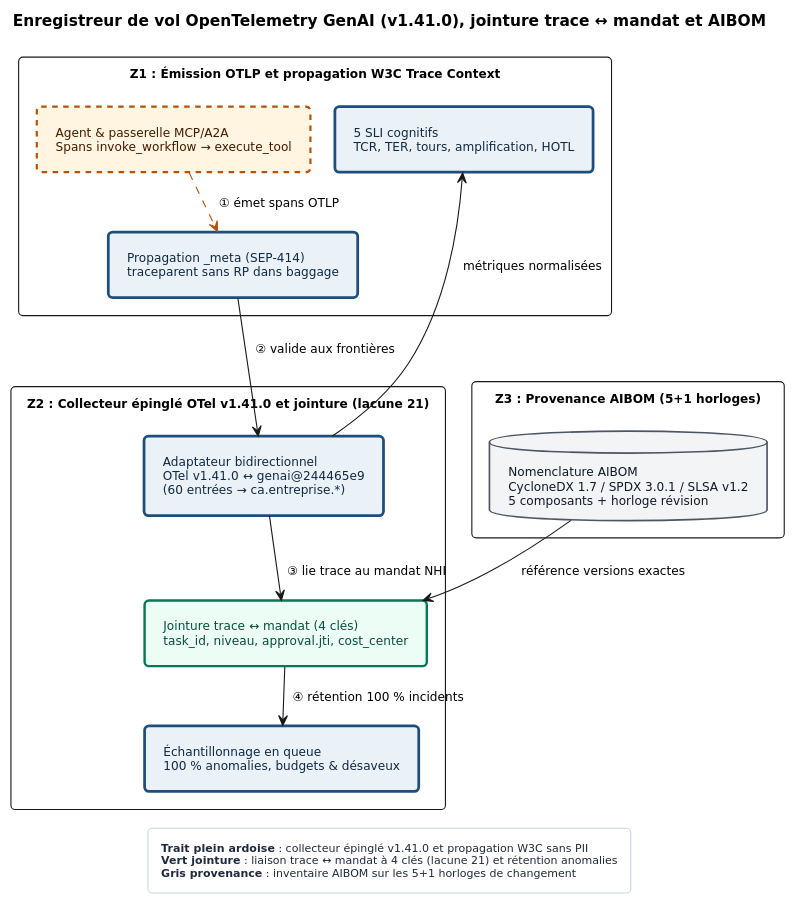
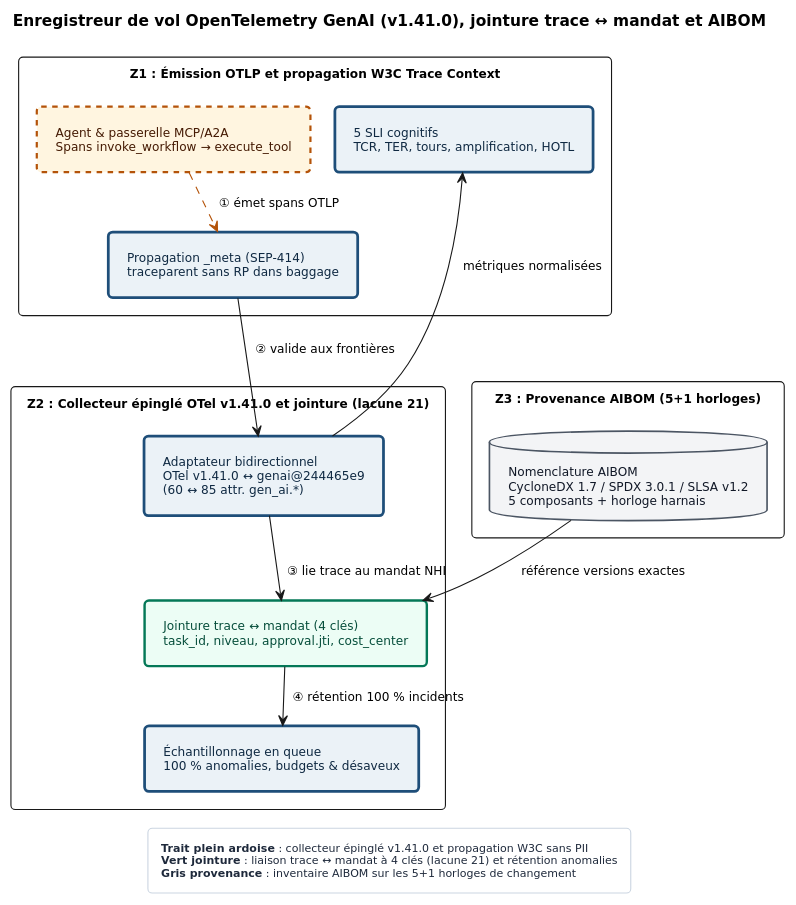
Before and after one commit to agbruneau/Agentique: the diagram in Compendium/ouvrage/schemas/SCH-22-01.puml, drawn with PlantUML. The commit also changed 234 other files, not shown here.

```diff
--- a/Compendium/ouvrage/schemas/SCH-22-01.puml
+++ b/Compendium/ouvrage/schemas/SCH-22-01.puml
@@ -1,86 +1,86 @@
 @startuml
 <style>
 document {
   BackgroundColor #FFFFFF
 }
 .det {
   BackgroundColor #EBF2F7
   LineColor #1E4E79
   LineThickness 2.5
   FontColor #0F2942
 }
 .prob {
   BackgroundColor #FFF5E0
   LineColor #B45309
   LineThickness 2.0
   LineStyle 5
   FontColor #451A03
 }
 .danger {
   BackgroundColor #FEF2F2
   LineColor #B91C1C
   LineThickness 2.0
   FontColor #7F1D1D
 }
 .ok {
   BackgroundColor #ECFDF5
   LineColor #047857
   LineThickness 2.2
   FontColor #064E3B
 }
 .ext {
   BackgroundColor #F3F4F6
   LineColor #4B5563
   LineThickness 1.5
   FontColor #111827
 }
 package {
   BackgroundColor #F8FAFC
   LineColor #64748B
   LineThickness 1.2
   FontColor #334155
 }
 legend {
   BackgroundColor #FFFFFF
   LineColor #CBD5E1
   FontColor #1E293B
   FontSize 10
 }
 </style>
 hide stereotype
 top to bottom direction
 skinparam defaultFontName "DejaVu Sans"
 skinparam defaultFontSize 11
 skinparam shadowing false
 skinparam roundcorner 8
 skinparam packageStyle rectangle
 skinparam nodesep 22
 skinparam ranksep 26
 skinparam padding 7
 
 title Enregistreur de vol OpenTelemetry GenAI (v1.41.0), jointure trace ↔ mandat et AIBOM
 package "Z1 : Émission OTLP et propagation W3C Trace Context" {
   rectangle "Agent & passerelle MCP/A2A\nSpans invoke_workflow → execute_tool" as AGT <<prob>>
   rectangle "Propagation _meta (SEP-414)\ntraceparent sans RP dans baggage" as META <<det>>
   rectangle "5 SLI cognitifs\nTCR, TER, tours, amplification, HOTL" as SLI <<det>>
 }
 package "Z2 : Collecteur épinglé OTel v1.41.0 et jointure (lacune 21)" {
-  rectangle "Adaptateur bidirectionnel\nOTel v1.41.0 ↔ genai@244465e9\n(60 entrées → ca.entreprise.*)" as COL <<det>>
+  rectangle "Adaptateur bidirectionnel\nOTel v1.41.0 ↔ genai@244465e9\n(60 ↔ 85 attr. gen_ai.*)" as COL <<det>>
   rectangle "Jointure trace ↔ mandat (4 clés)\ntask_id, niveau, approval.jti, cost_center" as JOIN <<ok>>
   rectangle "Échantillonnage en queue\n100 % anomalies, budgets & désaveux" as TAIL <<det>>
 }
 package "Z3 : Provenance AIBOM (5+1 horloges)" {
-  database "Nomenclature AIBOM\nCycloneDX 1.7 / SPDX 3.0.1 / SLSA v1.2\n5 composants + horloge révision" as AIBOM <<ext>>
+  database "Nomenclature AIBOM\nCycloneDX 1.7 / SPDX 3.0.1 / SLSA v1.2\n5 composants + horloge harnais" as AIBOM <<ext>>
 }
 AGT .[#B45309].> META : ① émet spans OTLP
 META --> COL : ② valide aux frontières
 COL --> SLI : métriques normalisées
 COL --> JOIN : ③ lie trace au mandat NHI
 AIBOM --> JOIN : référence versions exactes
 JOIN --> TAIL : ④ rétention 100 % incidents
 legend bottom
   **Trait plein ardoise** : collecteur épinglé v1.41.0 et propagation W3C sans PII
   **Vert jointure** : liaison trace ↔ mandat à 4 clés (lacune 21) et rétention anomalies
   **Gris provenance** : inventaire AIBOM sur les 5+1 horloges de changement
 end legend
 @enduml
```
